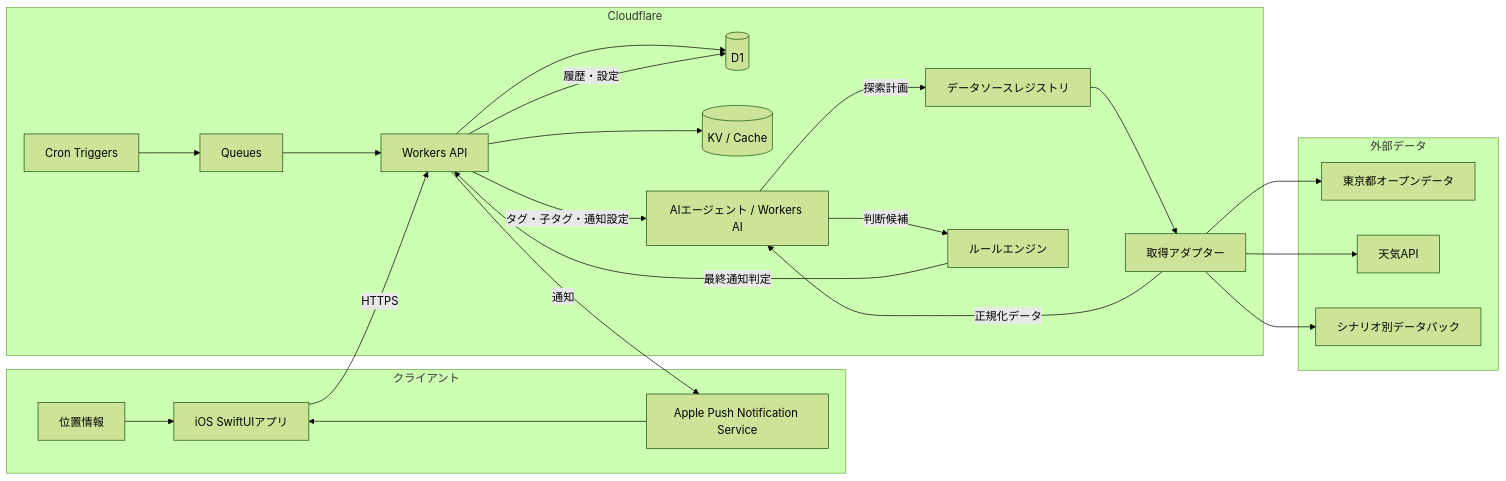
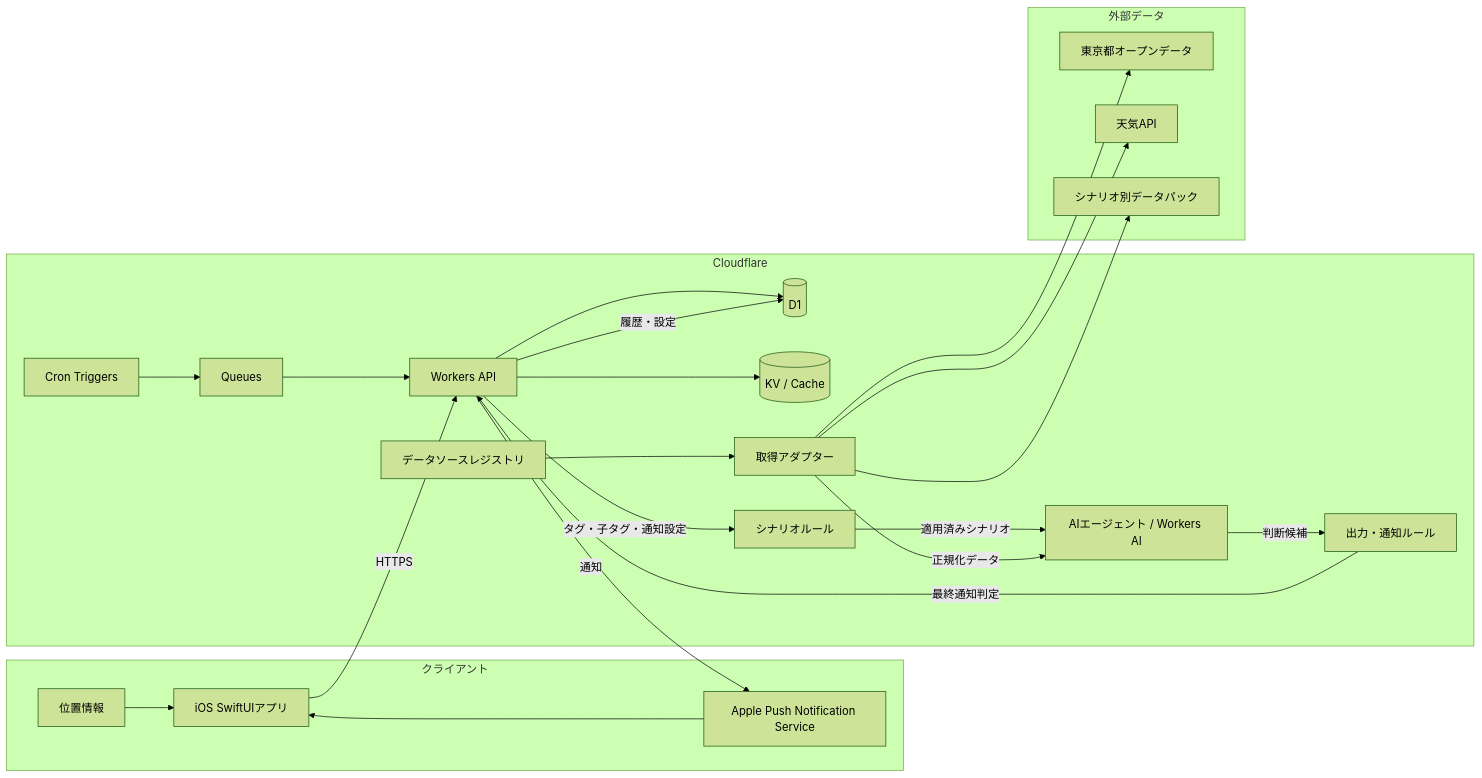
Before and after one commit to tokyo-plus/tokyo-plus-spec: the first of 2 diagrams in basic_design.md, drawn with Mermaid (forest theme). The commit also changed other lines of this file and 1 other file, not shown here.

````diff
--- a/basic_design.md
+++ b/basic_design.md
@@ -177,45 +197,46 @@
 ```mermaid
 flowchart LR
   subgraph Client[クライアント]
     App[iOS SwiftUIアプリ]
     Location[位置情報]
     APNs[Apple Push Notification Service]
   end
 
   subgraph Cloudflare[Cloudflare]
     API[Workers API]
     Cron[Cron Triggers]
     Queue[Queues]
     D1[(D1)]
     KV[(KV / Cache)]
     Registry[データソースレジストリ]
     Adapter[取得アダプター]
     AI[AIエージェント / Workers AI]
-    Rules[ルールエンジン]
+    ScenarioRules[シナリオルール]
+    OutputRules[出力・通知ルール]
   end
 
   subgraph Sources[外部データ]
     Tokyo[東京都オープンデータ]
     Weather[天気API]
     Optional[シナリオ別データパック]
   end
 
   App -->|HTTPS| API
   Location --> App
   API --> D1
   API --> KV
   Cron --> Queue
   Queue --> API
-  API -->|タグ・子タグ・通知設定| AI
-  AI -->|探索計画| Registry
+  API -->|タグ・子タグ・通知設定| ScenarioRules
+  ScenarioRules -->|適用済みシナリオ| AI
   Registry --> Adapter
   Adapter --> Tokyo
   Adapter --> Weather
   Adapter --> Optional
   Adapter -->|正規化データ| AI
-  AI -->|判断候補| Rules
-  Rules -->|最終通知判定| API
+  AI -->|判断候補| OutputRules
+  OutputRules -->|最終通知判定| API
   API -->|履歴・設定| D1
   API -->|通知| APNs
   APNs --> App
 ```
````
